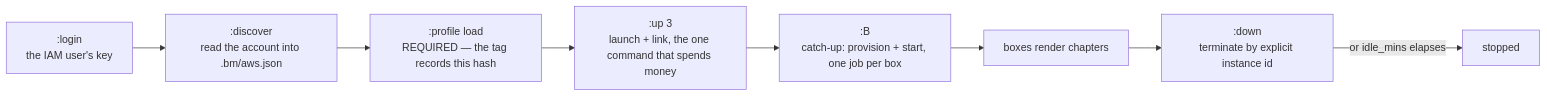
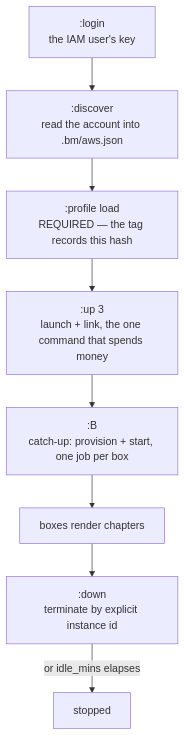
The seventh of 7 diagrams in docs/ARCHITECTURE.md (lhuthng/storycast), drawn with Mermaid before and after one commit. The commit also changed other lines of this file and 8 other files, not shown here.

````diff
--- a/docs/ARCHITECTURE.md
+++ b/docs/ARCHITECTURE.md
@@ -810,10 +810,10 @@
 ```mermaid
-flowchart LR
+flowchart TB
     LOGIN[":login<br/>the IAM user's key"] --> DISC[":discover<br/>read the account into .bm/aws.json"]
     DISC --> PROF[":profile load<br/>REQUIRED — the tag records this hash"]
     PROF --> UP[":up 3<br/>launch + link, the one command that spends money"]
     UP --> B[":B<br/>catch-up: provision + start, one job per box"]
     B --> WORK["boxes render chapters"]
     WORK --> DOWN[":down<br/>terminate by explicit instance id"]
     DOWN -->|"or idle_mins elapses"| OFF["stopped"]
 ```
````
